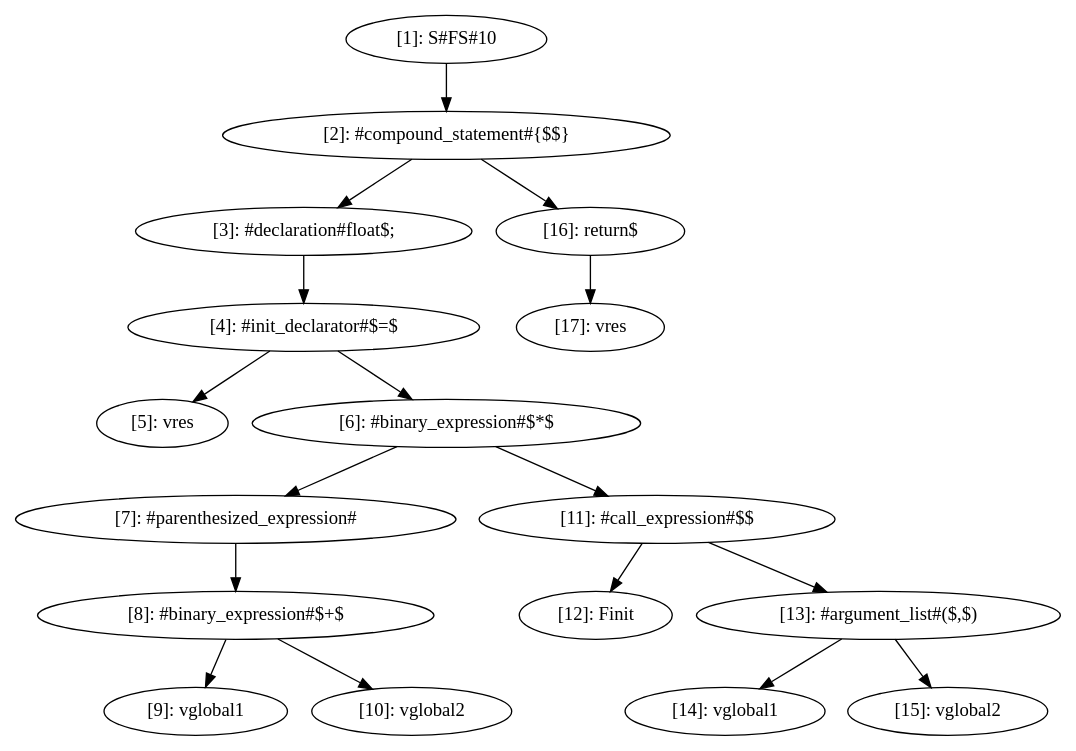
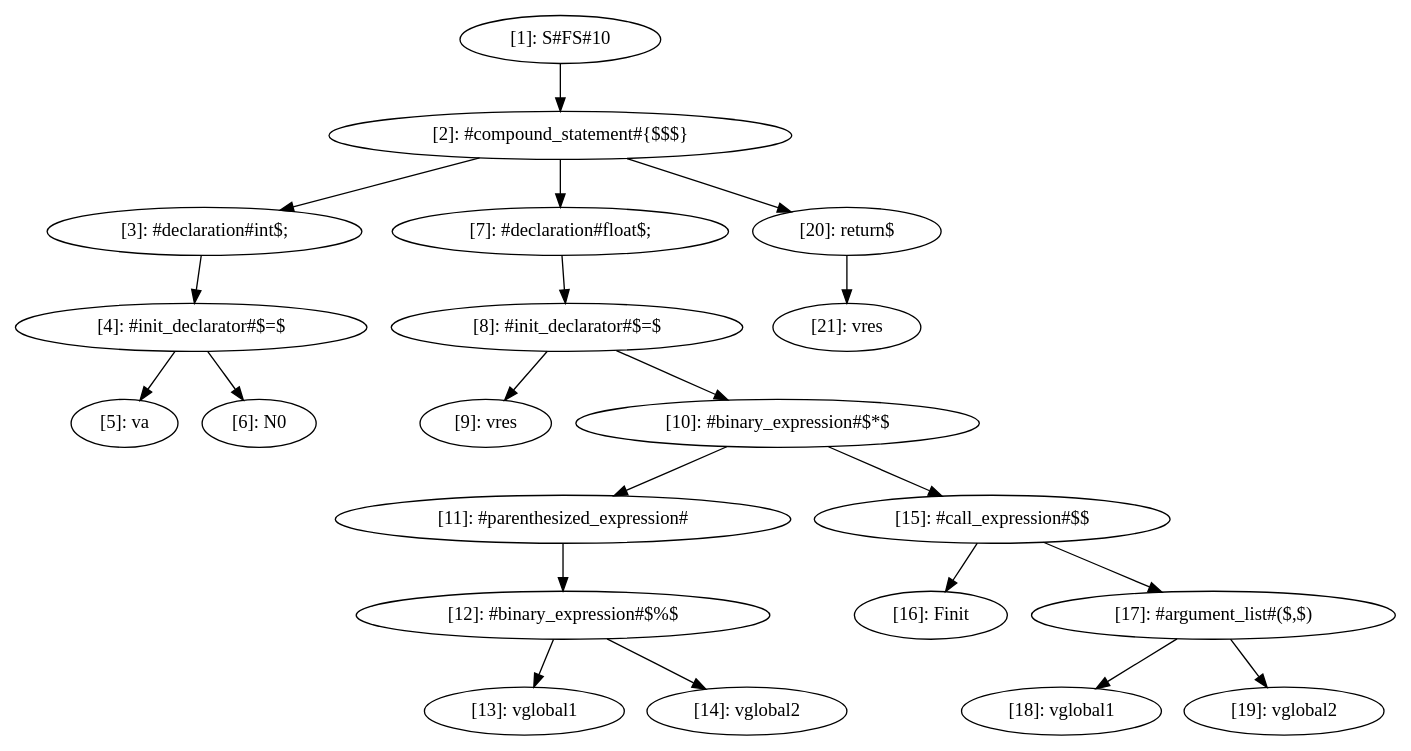
The diagram in cass.dot (deryaerman/DIA-System-DS-Plagiarism-Checker-GIT), drawn with Graphviz before and after one commit. The commit also changed 8 other files, not shown here.

```diff
--- a/cass.dot
+++ b/cass.dot
@@ -1,36 +1,44 @@
 digraph CASS {
   node [shape=ellipse];
   n1 [label="[1]: S#FS#10"];
-  n2 [label="[2]: #compound_statement#{$$}"];
-  n3 [label="[3]: #declaration#float$;"];
+  n2 [label="[2]: #compound_statement#{$$$}"];
+  n3 [label="[3]: #declaration#int$;"];
   n4 [label="[4]: #init_declarator#$=$"];
-  n5 [label="[5]: vres"];
-  n6 [label="[6]: #binary_expression#$*$"];
-  n7 [label="[7]: #parenthesized_expression#"];
-  n8 [label="[8]: #binary_expression#$+$"];
-  n9 [label="[9]: vglobal1"];
-  n10 [label="[10]: vglobal2"];
-  n11 [label="[11]: #call_expression#$$"];
-  n12 [label="[12]: Finit"];
-  n13 [label="[13]: #argument_list#($,$)"];
-  n14 [label="[14]: vglobal1"];
-  n15 [label="[15]: vglobal2"];
-  n16 [label="[16]: return$"];
-  n17 [label="[17]: vres"];
+  n5 [label="[5]: va"];
+  n6 [label="[6]: N0"];
+  n7 [label="[7]: #declaration#float$;"];
+  n8 [label="[8]: #init_declarator#$=$"];
+  n9 [label="[9]: vres"];
+  n10 [label="[10]: #binary_expression#$*$"];
+  n11 [label="[11]: #parenthesized_expression#"];
+  n12 [label="[12]: #binary_expression#$%$"];
+  n13 [label="[13]: vglobal1"];
+  n14 [label="[14]: vglobal2"];
+  n15 [label="[15]: #call_expression#$$"];
+  n16 [label="[16]: Finit"];
+  n17 [label="[17]: #argument_list#($,$)"];
+  n18 [label="[18]: vglobal1"];
+  n19 [label="[19]: vglobal2"];
+  n20 [label="[20]: return$"];
+  n21 [label="[21]: vres"];
   n1 -> n2;
   n2 -> n3;
   n3 -> n4;
   n4 -> n5;
   n4 -> n6;
-  n6 -> n7;
+  n2 -> n7;
   n7 -> n8;
   n8 -> n9;
   n8 -> n10;
-  n6 -> n11;
+  n10 -> n11;
   n11 -> n12;
-  n11 -> n13;
-  n13 -> n14;
-  n13 -> n15;
-  n2 -> n16;
-  n16 -> n17;
+  n12 -> n13;
+  n12 -> n14;
+  n10 -> n15;
+  n15 -> n16;
+  n15 -> n17;
+  n17 -> n18;
+  n17 -> n19;
+  n2 -> n20;
+  n20 -> n21;
 }
```
